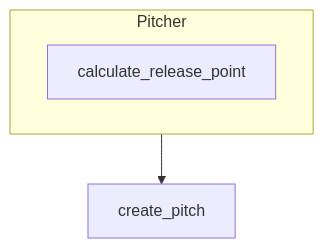
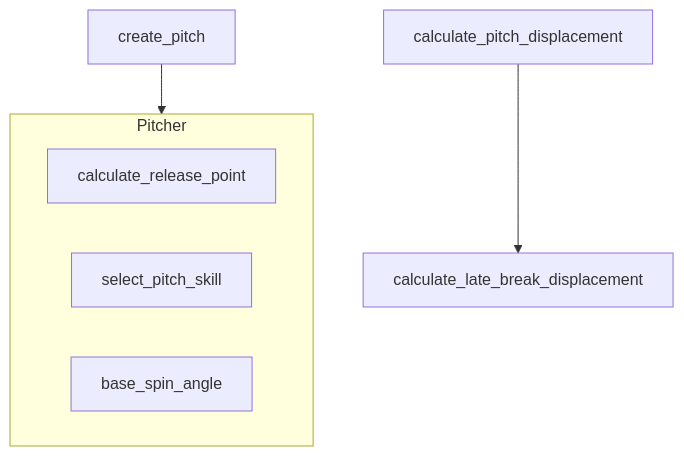
One commit to torafugu/saberbb changed the diagram in docs/pitching_diagram.mmd. Above: the diagram before and after it, drawn with Mermaid. The commit also changed other lines of this file and 3 other files, not shown here.

Commit message:
calculate_late_break_displacement was updated.

```diff
--- a/docs/pitching_diagram.mmd
+++ b/docs/pitching_diagram.mmd
@@ -1,6 +1,9 @@
 flowchart TD
     subgraph pitcher[Pitcher]
         calculate_release_point
+        select_pitch_skill
+        base_spin_angle
     end
 
-    pitcher --> create_pitch
+    create_pitch --> pitcher
+    calculate_pitch_displacement --> calculate_late_break_displacement
```
